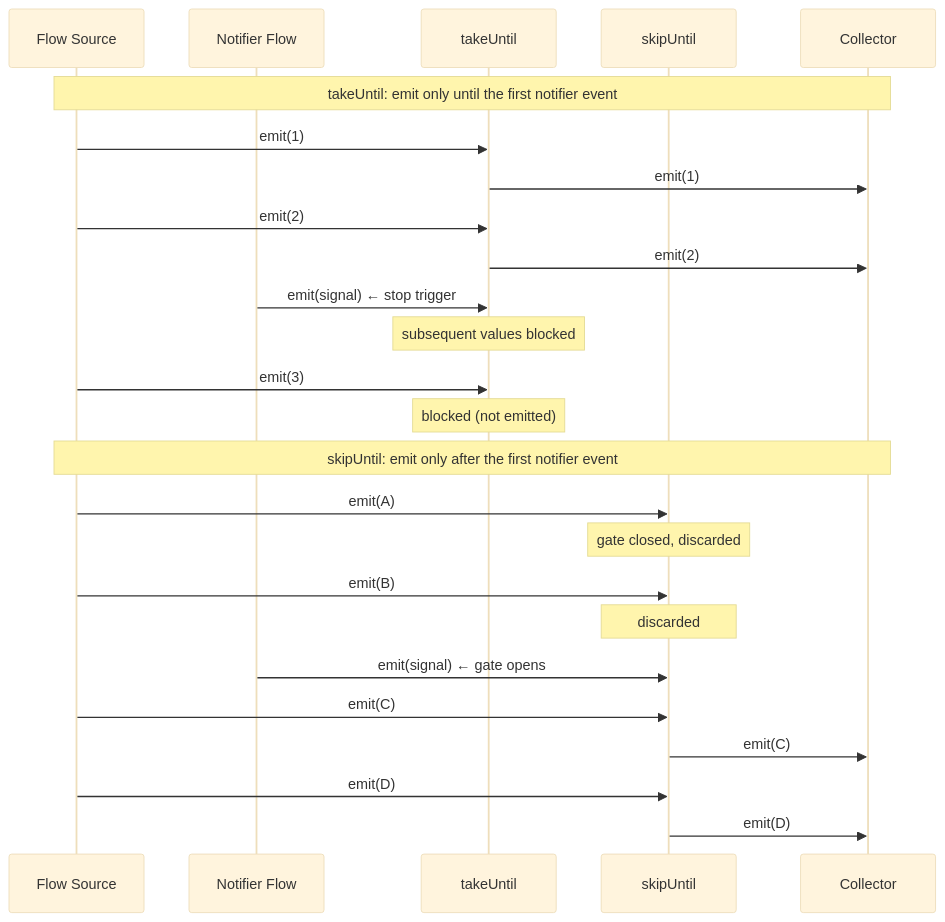
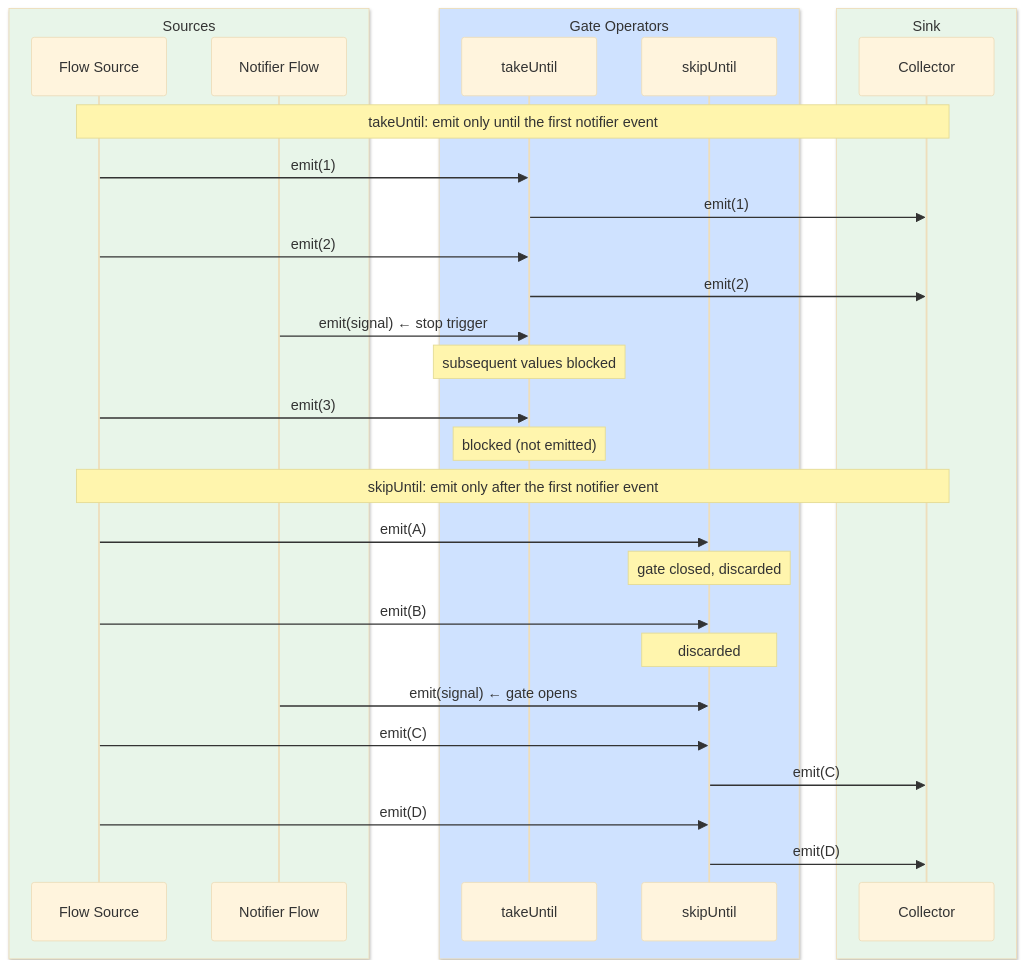
Before and after one commit to bluetape4k/bluetape4k-projects: diagram 12 of 16 in bluetape4k/coroutines/README.md, drawn with Mermaid (base theme). The commit also changed other lines of this file and 221 other files, not shown here.

First line of the commit message:
docs: 전체 모듈 README UML 다이어그램 보강 및 색상 업그레이드

````diff
--- a/bluetape4k/coroutines/README.md
+++ b/bluetape4k/coroutines/README.md
@@ -511,27 +596,33 @@
 ```mermaid
 sequenceDiagram
-    participant S as Flow Source
-    participant N as Notifier Flow
-    participant TU as takeUntil
-    participant SU as skipUntil
-    participant R as Collector
+    box rgb(232, 245, 233) Sources
+        participant S as Flow Source
+        participant N as Notifier Flow
+    end
+    box rgb(207, 226, 255) Gate Operators
+        participant TU as takeUntil
+        participant SU as skipUntil
+    end
+    box rgb(232, 245, 233) Sink
+        participant R as Collector
+    end
     Note over S, R: takeUntil: emit only until the first notifier event
     S ->> TU: emit(1)
     TU ->> R: emit(1)
     S ->> TU: emit(2)
     TU ->> R: emit(2)
     N ->> TU: emit(signal) ← stop trigger
     Note over TU: subsequent values blocked
     S ->> TU: emit(3)
     Note over TU: blocked (not emitted)
     Note over S, R: skipUntil: emit only after the first notifier event
     S ->> SU: emit(A)
     Note over SU: gate closed, discarded
     S ->> SU: emit(B)
     Note over SU: discarded
     N ->> SU: emit(signal) ← gate opens
     S ->> SU: emit(C)
     SU ->> R: emit(C)
     S ->> SU: emit(D)
     SU ->> R: emit(D)
 ```
````
